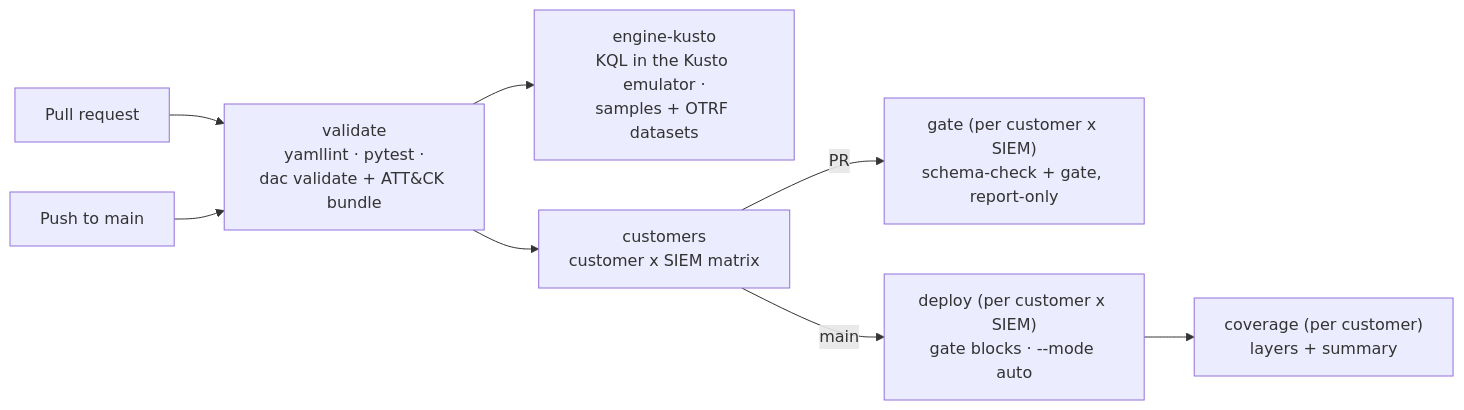
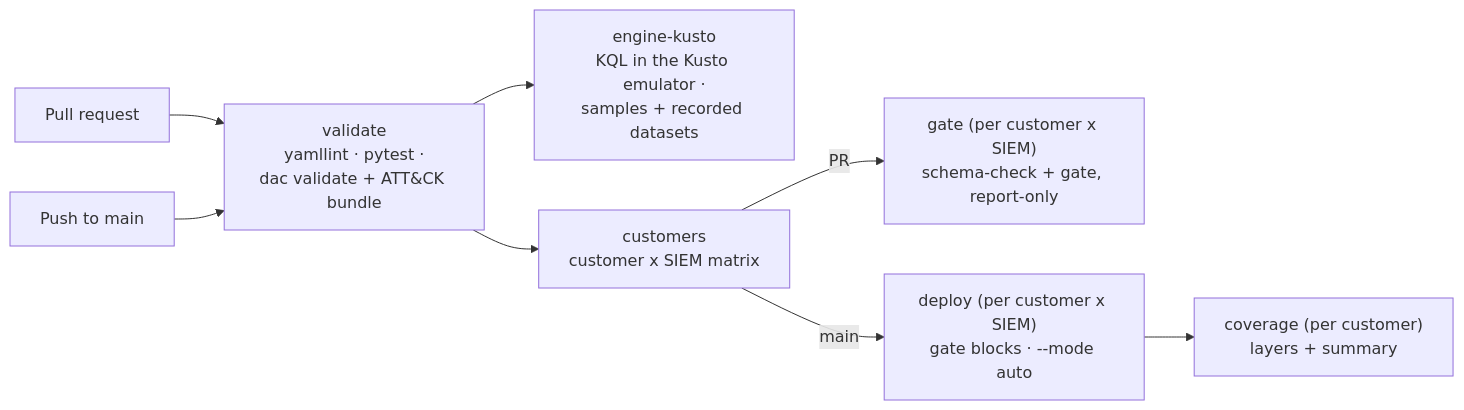
Before and after one commit to HungryBrain-bot/detection_As_Code: the diagram in docs/components/ci.md, drawn with Mermaid. The commit also changed 39 other files, not shown here.

First line of the commit message:
Add identity rules B1-B3, tested in the Kusto emulator on recorded Entra logs

````diff
--- a/docs/components/ci.md
+++ b/docs/components/ci.md
@@ -13,10 +13,10 @@
 ```mermaid
 flowchart LR
     PR["Pull request"] --> V["validate<br/>yamllint · pytest ·<br/>dac validate + ATT&CK bundle"]
     PUSH["Push to main"] --> V
-    V --> K["engine-kusto<br/>KQL in the Kusto emulator ·<br/>samples + OTRF datasets"]
+    V --> K["engine-kusto<br/>KQL in the Kusto emulator ·<br/>samples + recorded datasets"]
     V --> C["customers<br/>customer x SIEM matrix"]
     C -- PR --> G["gate (per customer x SIEM)<br/>schema-check + gate, report-only"]
     C -- main --> D["deploy (per customer x SIEM)<br/>gate blocks · --mode auto"]
     D --> COV["coverage (per customer)<br/>layers + summary"]
 ```
````
